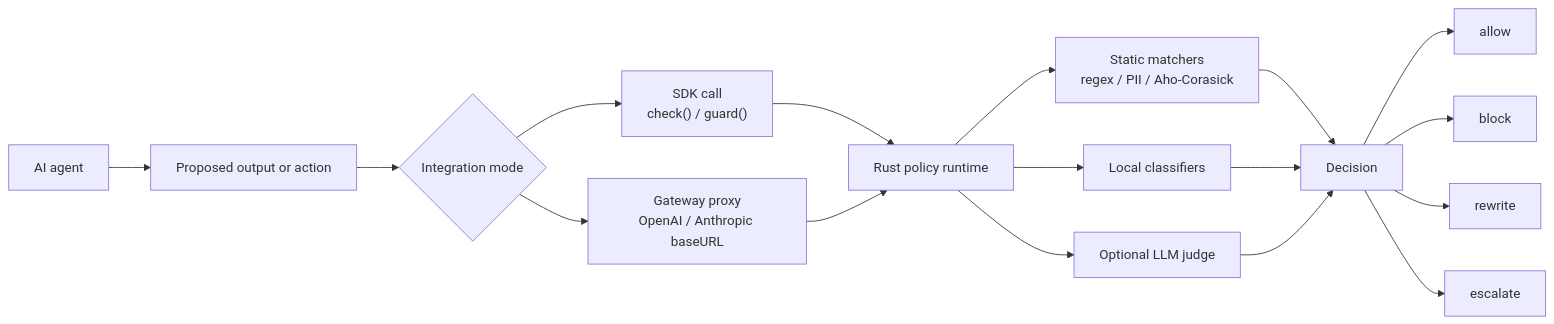
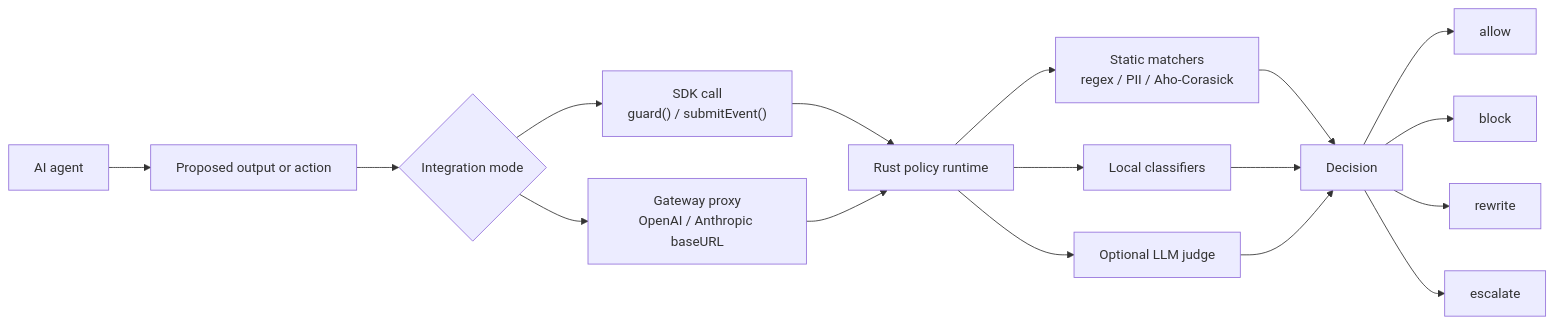
Before and after one commit to ducnguyen67201/TrustLoopGuard: the diagram in README.md, drawn with Mermaid. The commit also changed other lines of this file and 33 other files, not shown here.

````diff
--- a/README.md
+++ b/README.md
@@ -32,19 +32,19 @@
 ```mermaid
 flowchart LR
     agent["AI agent"] --> draft["Proposed output or action"]
     draft --> mode{"Integration mode"}
-    mode --> sdk["SDK call<br/>check() / guard()"]
+    mode --> sdk["SDK call<br/>guard() / submitEvent()"]
     mode --> proxy["Gateway proxy<br/>OpenAI / Anthropic baseURL"]
     sdk --> runtime["Rust policy runtime"]
     proxy --> runtime
     runtime --> static["Static matchers<br/>regex / PII / Aho-Corasick"]
     runtime --> local["Local classifiers"]
     runtime --> judge["Optional LLM judge"]
     static --> decision["Decision"]
     local --> decision
     judge --> decision
     decision --> allow["allow"]
     decision --> block["block"]
     decision --> rewrite["rewrite"]
     decision --> escalate["escalate"]
 ```
````
